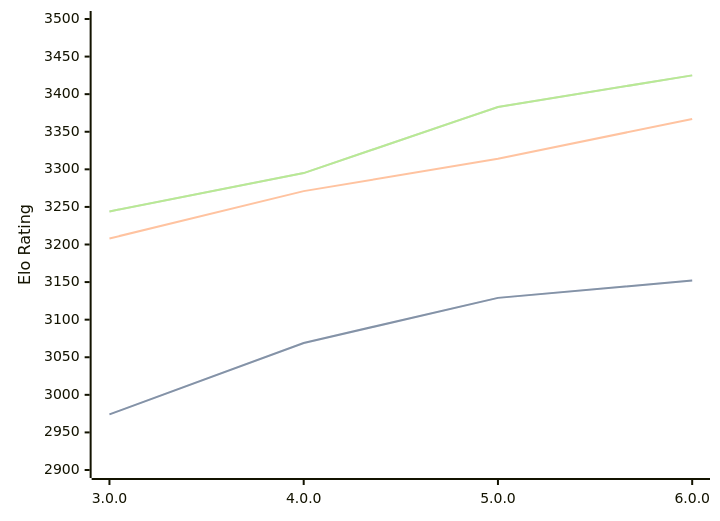
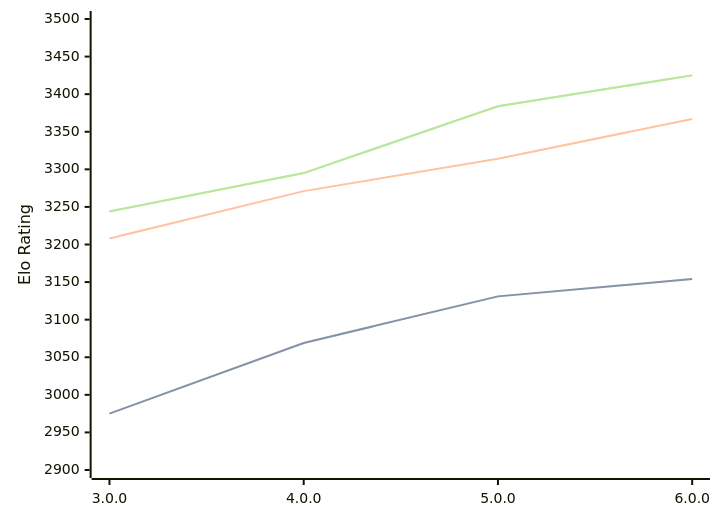
Before and after one commit to computer-chess-index/cci: the diagram in engines/Minke.md, drawn with Mermaid. The commit also changed other lines of this file, not shown here.

Commit message:
Update CCI Ratings (ELO VLTC) - 2026-08-25

````diff
--- a/engines/Minke.md
+++ b/engines/Minke.md
@@ -34,11 +34,11 @@
 ```mermaid
 %%{init: {"theme":"base","themeVariables":{"seriesColors:['#a3a3a3','#222221','#faa371']}}}%%
 xychart-beta
   x-axis ["3.0.0", "4.0.0", "5.0.0", "6.0.0"]
   y-axis "Elo Rating" 2900 --> 3500
-  line "STC (8.0+0.08s)" [2974, 3069, 3129, 3152]
-  line "STC (8.0+0.08s)" [2974, 3069, 3129, 3152]
+  line "STC (8.0+0.08s)" [2975, 3069, 3131, 3154]
+  line "STC (8.0+0.08s)" [2975, 3069, 3131, 3154]
   line "LTC (60.0+0.60s)" [3208, 3271, 3314, 3367]
-  line "VLTC (2m24s+1.12s)" [3244, 3295, 3383, 3425]
-  line "VLTC (2m24s+1.12s)" [3244, 3295, 3383, 3425]
+  line "VLTC (2m24s+1.12s)" [3244, 3295, 3384, 3425]
+  line "VLTC (2m24s+1.12s)" [3244, 3295, 3384, 3425]
 ```
````
